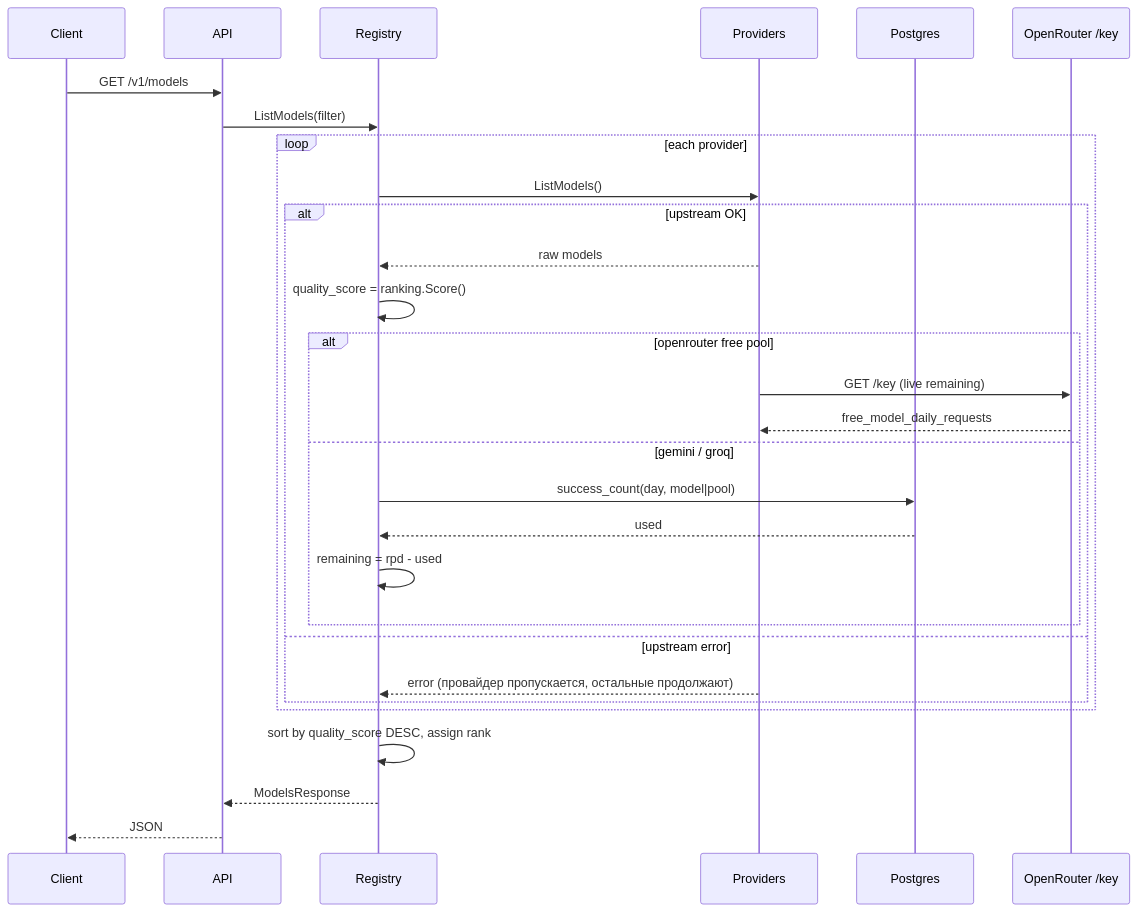
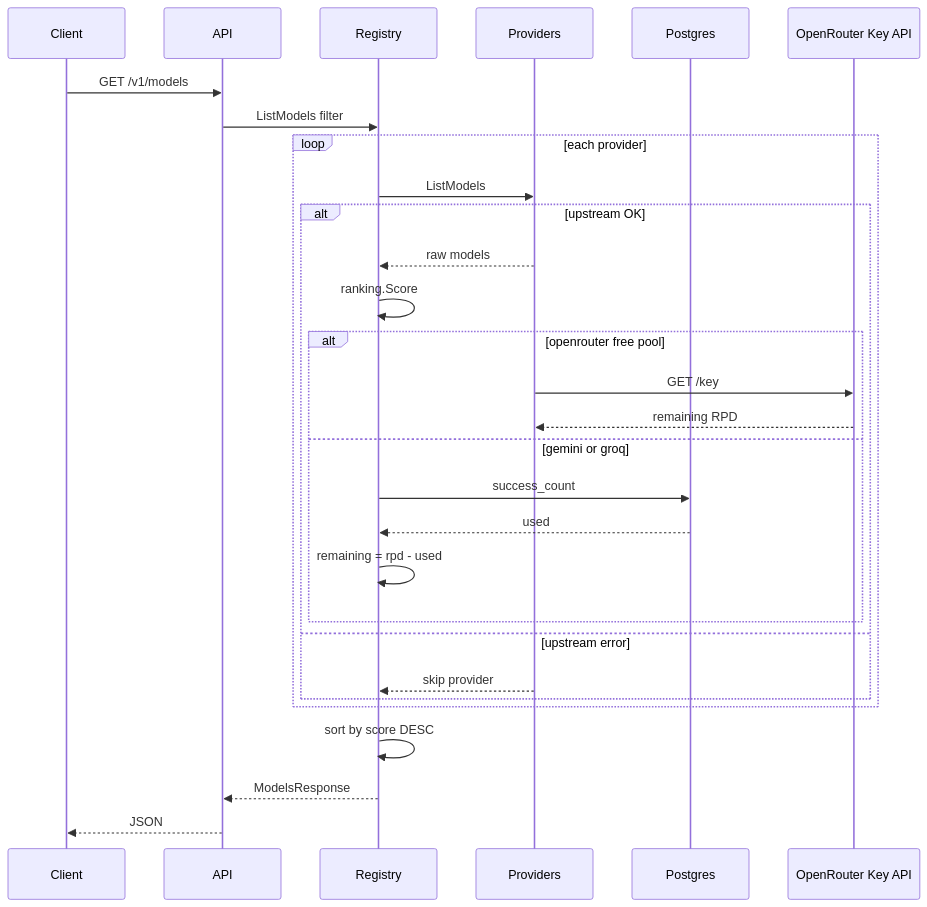
Before and after one commit to DaniilPodruchnyMgtuIu6/llm-proxy: the third of 10 diagrams in docs/architecture.md, drawn with Mermaid. The commit also changed other lines of this file and 4 other files, not shown here.

Commit message:
Add Mermaid architecture viewer at /architecture.

````diff
--- a/docs/architecture.md
+++ b/docs/architecture.md
@@ -60,32 +64,32 @@
 ```mermaid
 sequenceDiagram
   participant C as Client
   participant A as API
   participant R as Registry
   participant P as Providers
   participant S as Postgres
-  participant OR as OpenRouter /key
+  participant K as OpenRouter Key API
 
   C->>A: GET /v1/models
-  A->>R: ListModels(filter)
+  A->>R: ListModels filter
   loop each provider
-    R->>P: ListModels()
+    R->>P: ListModels
     alt upstream OK
       P-->>R: raw models
-      R->>R: quality_score = ranking.Score()
+      R->>R: ranking.Score
       alt openrouter free pool
-        P->>OR: GET /key (live remaining)
-        OR-->>P: free_model_daily_requests
-      else gemini / groq
-        R->>S: success_count(day, model|pool)
+        P->>K: GET /key
+        K-->>P: remaining RPD
+      else gemini or groq
+        R->>S: success_count
         S-->>R: used
         R->>R: remaining = rpd - used
       end
     else upstream error
-      P-->>R: error (провайдер пропускается, остальные продолжают)
+      P-->>R: skip provider
     end
   end
-  R->>R: sort by quality_score DESC, assign rank
+  R->>R: sort by score DESC
   R-->>A: ModelsResponse
   A-->>C: JSON
 ```
````
